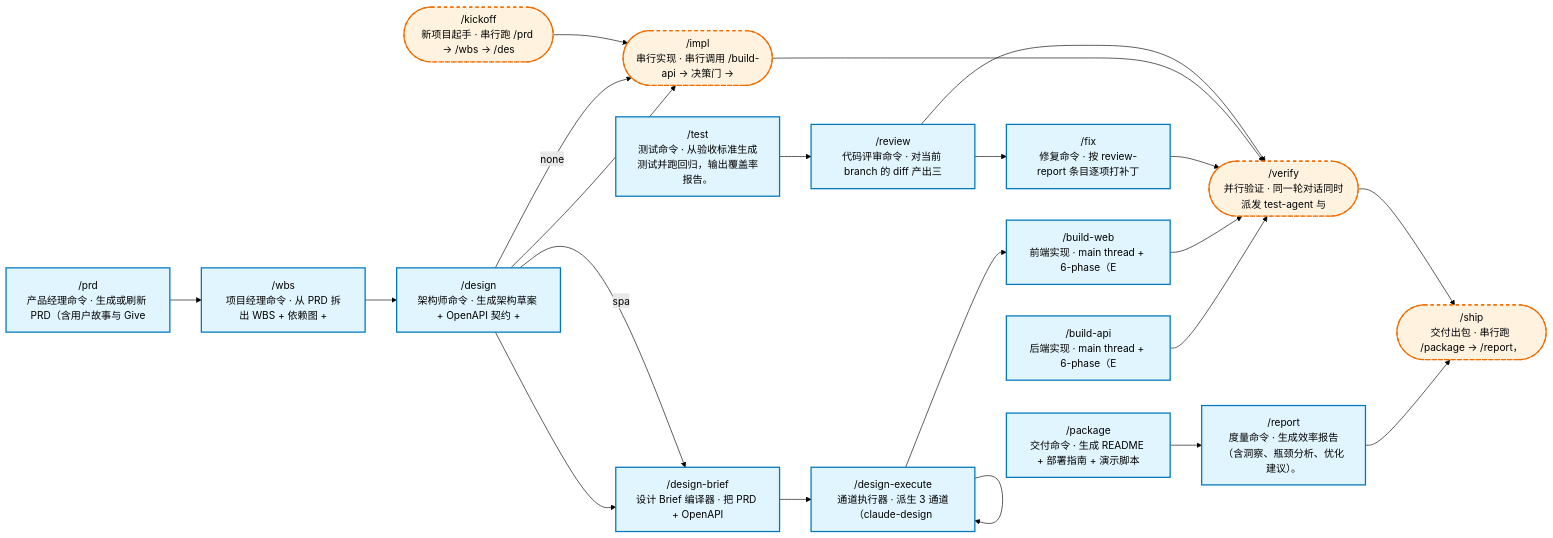
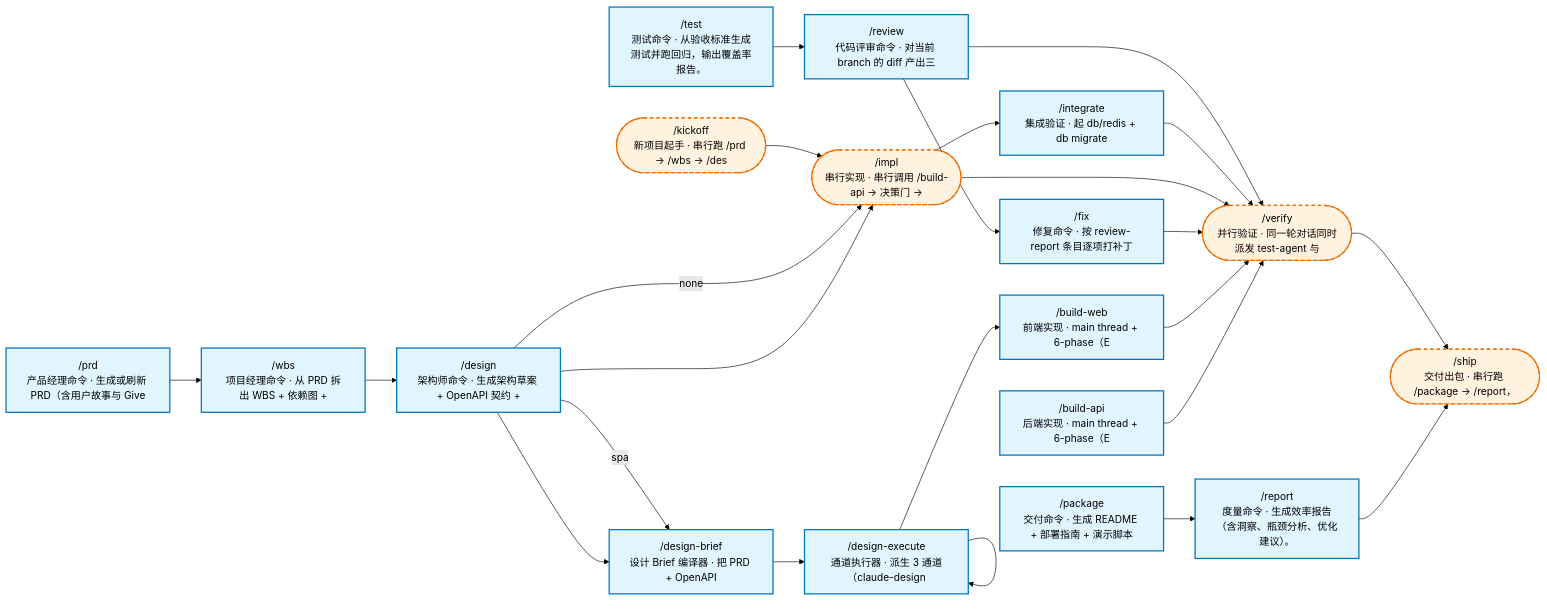
The diagram in docs/architecture/flowchart.md (dhslegen/digital-delivery-team), drawn with Mermaid (forest theme) before and after one commit. The commit also changed 14 other files, not shown here.

````diff
--- a/docs/architecture/flowchart.md
+++ b/docs/architecture/flowchart.md
@@ -6,48 +6,51 @@
 ```mermaid
 flowchart LR
   %% 节点定义
   build-api["/build-api<br/>后端实现 · main thread + 6-phase（E"]
   build-web["/build-web<br/>前端实现 · main thread + 6-phase（E"]
   design-brief["/design-brief<br/>设计 Brief 编译器 · 把 PRD + OpenAPI"]
   design-execute["/design-execute<br/>通道执行器 · 派生 3 通道（claude-design "]
   design["/design<br/>架构师命令 · 生成架构草案 + OpenAPI 契约 + "]
   fix["/fix<br/>修复命令 · 按 review-report 条目逐项打补丁"]
   impl(["/impl<br/>串行实现 · 串行调用 /build-api → 决策门 →"])
+  integrate["/integrate<br/>集成验证 · 起 db/redis + db migrate"]
   kickoff(["/kickoff<br/>新项目起手 · 串行跑 /prd → /wbs → /des"])
   package["/package<br/>交付命令 · 生成 README + 部署指南 + 演示脚本"]
   prd["/prd<br/>产品经理命令 · 生成或刷新 PRD（含用户故事与 Give"]
   report["/report<br/>度量命令 · 生成效率报告（含洞察、瓶颈分析、优化建议）。"]
   review["/review<br/>代码评审命令 · 对当前 branch 的 diff 产出三"]
   ship(["/ship<br/>交付出包 · 串行跑 /package → /report，"])
   test["/test<br/>测试命令 · 从验收标准生成测试并跑回归，输出覆盖率报告。"]
   verify(["/verify<br/>并行验证 · 同一轮对话同时派发 test-agent 与 "])
   wbs["/wbs<br/>项目经理命令 · 从 PRD 拆出 WBS + 依赖图 + "]
 
   %% 依赖边（从命令尾部"建议下一步"抽取）
   build-api --> verify
   build-web --> verify
   design-brief --> design-execute
   design-execute --> build-web
   design-execute --> design-execute
   design --> design-brief
   design --> impl
   design -- spa --> design-brief
   design -- none --> impl
   fix --> verify
+  impl --> integrate
   impl --> verify
+  integrate --> verify
   kickoff --> impl
   package --> report
   prd --> wbs
   report --> ship
   review --> fix
   review --> verify
   test --> review
   verify --> ship
   wbs --> design
 
   %% 节点类型样式
   classDef phase fill:#e1f5fe,stroke:#0277bd,stroke-width:2px
   classDef orch fill:#fff3e0,stroke:#ef6c00,stroke-width:2px,stroke-dasharray:5
-  class build-api,build-web,design-brief,design-execute,design,fix,package,prd,report,review,test,wbs phase
+  class build-api,build-web,design-brief,design-execute,design,fix,integrate,package,prd,report,review,test,wbs phase
   class impl,kickoff,ship,verify orch
 ```
````
